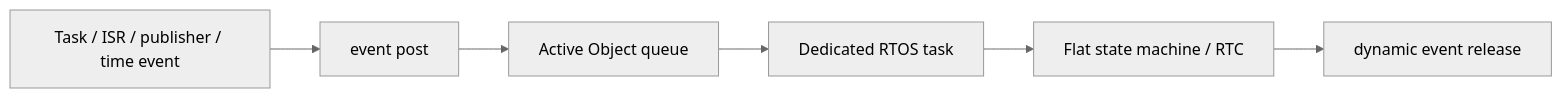
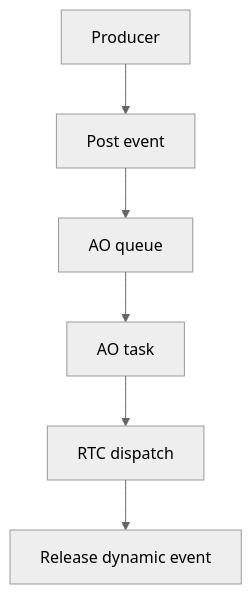
Before and after one commit to haikevins/hairtos: the third of 5 diagrams in README.md, drawn with Mermaid (neutral theme). The commit also changed other lines of this file and 82 other files, not shown here.

````diff
--- a/README.md
+++ b/README.md
@@ -83,8 +91,8 @@
 ```mermaid
-flowchart LR
-    PRODUCER["Task / ISR / publisher / time event"] --> POST["event post"]
-    POST --> AOQ["Active Object queue"]
-    AOQ --> AOT["Dedicated RTOS task"]
-    AOT --> FSM["Flat state machine / RTC"]
-    FSM --> OWN["dynamic event release"]
+flowchart TB
+    PRODUCER["Producer"] --> POST["Post event"]
+    POST --> AOQ["AO queue"]
+    AOQ --> AOT["AO task"]
+    AOT --> FSM["RTC dispatch"]
+    FSM --> OWN["Release dynamic event"]
 ```
````
